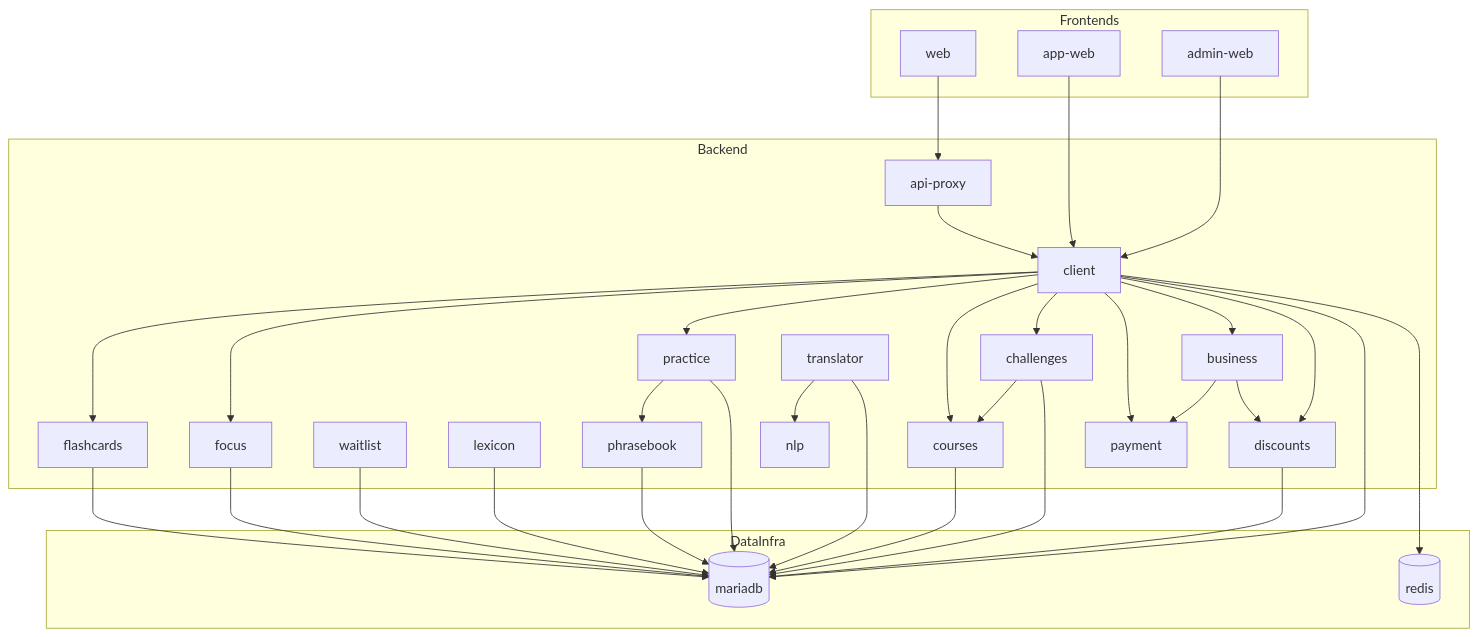
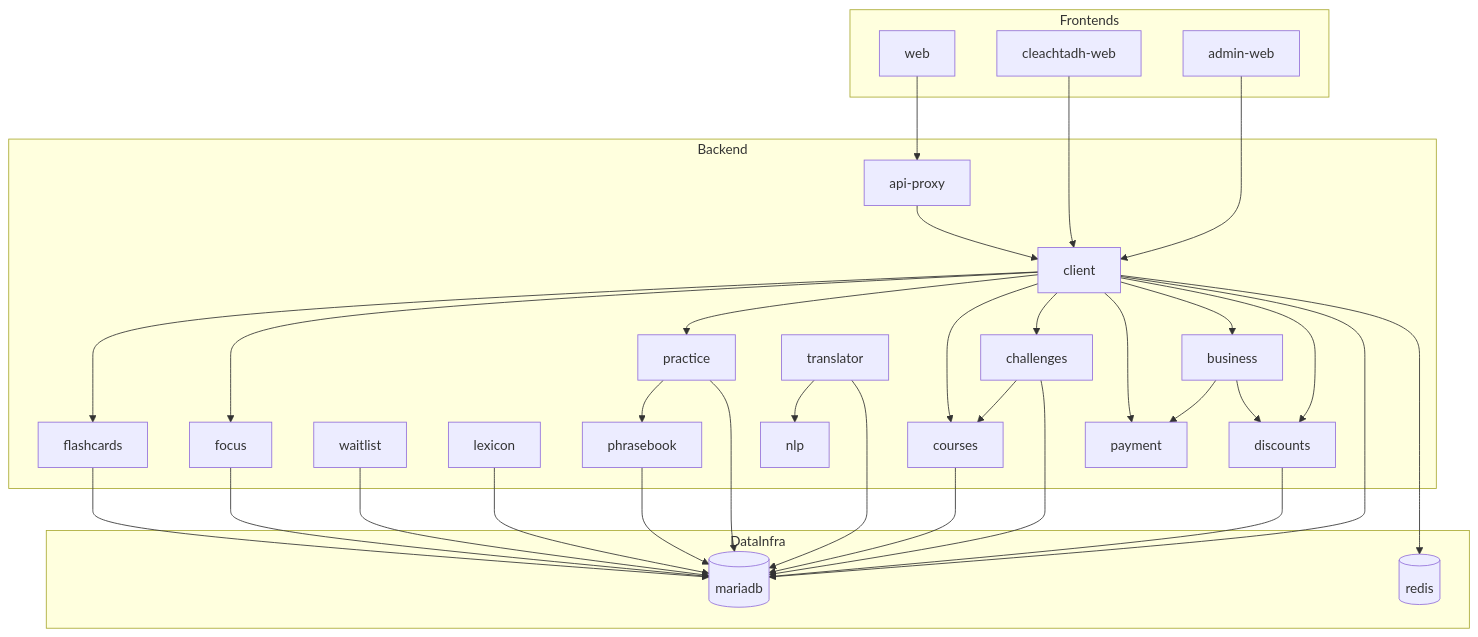
Before and after one commit to athbheochan-labs/misneach: the second of 2 diagrams in docs/architecture.md, drawn with Mermaid. The commit also changed other lines of this file and 85 other files, not shown here.

Commit message:
chore(monorepo): rename app-web to cleachtadh-web

````diff
--- a/docs/architecture.md
+++ b/docs/architecture.md
@@ -20,64 +20,64 @@
 ```mermaid
 flowchart TB
   subgraph Frontends
     web[web]
-    appweb[app-web]
+    appweb[cleachtadh-web]
     adminweb[admin-web]
   end
 
   subgraph Backend
     apiproxy[api-proxy]
     client[client]
     business[business]
     payment[payment]
     discounts[discounts]
     waitlist[waitlist]
     lexicon[lexicon]
     phrasebook[phrasebook]
     flashcards[flashcards]
     focus[focus]
     practice[practice]
     courses[courses]
     challenges[challenges]
     translator[translator]
     nlp[nlp]
   end
 
   subgraph DataInfra
     mariadb[(mariadb)]
     redis[(redis)]
   end
 
   web --> apiproxy
   appweb --> client
   adminweb --> client
   apiproxy --> client
 
   client --> flashcards
   client --> focus
   client --> practice
   client --> courses
   client --> challenges
   client --> payment
   client --> business
   client --> discounts
 
   business --> payment
   business --> discounts
   practice --> phrasebook
   challenges --> courses
   translator --> nlp
 
   client --> mariadb
   client --> redis
   lexicon --> mariadb
   phrasebook --> mariadb
   flashcards --> mariadb
   focus --> mariadb
   practice --> mariadb
   courses --> mariadb
   challenges --> mariadb
   discounts --> mariadb
   waitlist --> mariadb
   translator --> mariadb
 ```
````
